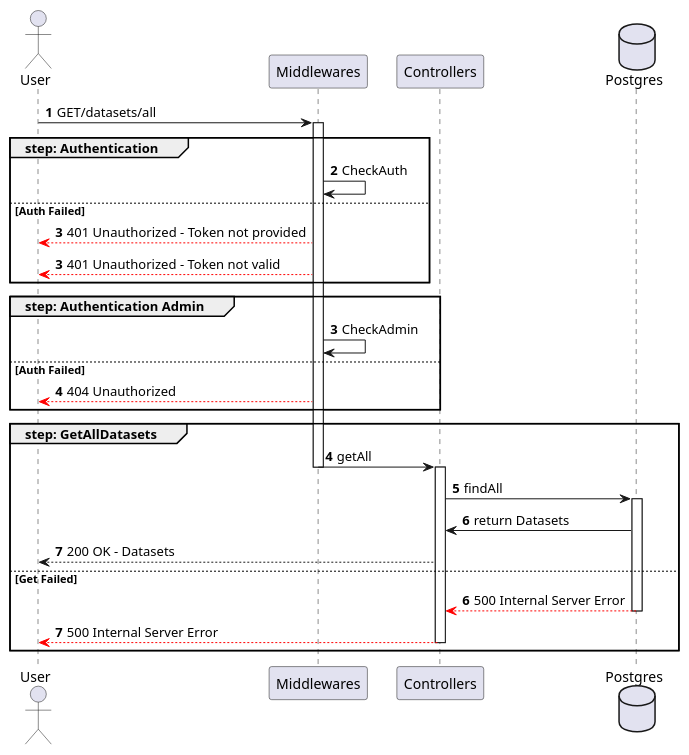
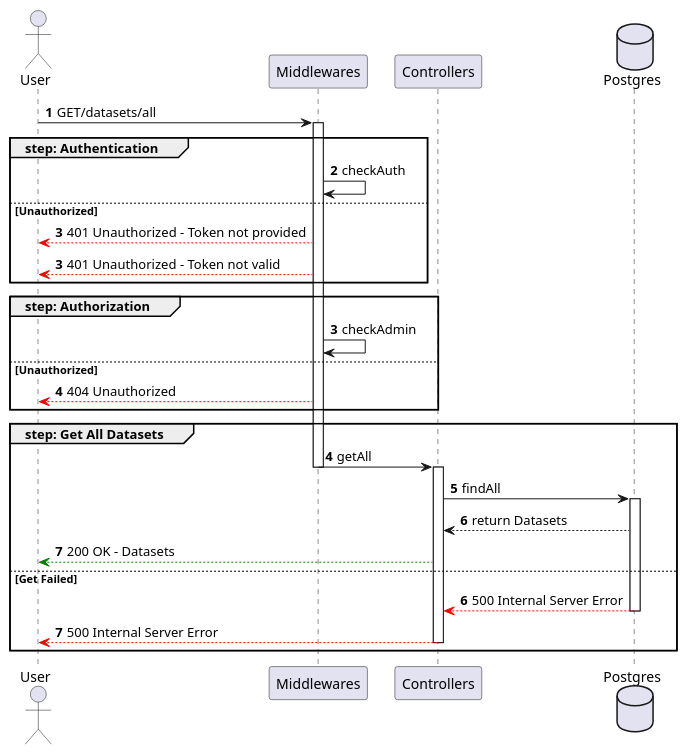
Before and after one commit to ShadowWalker1411/ProgrammazioneAvanzataREPO: the diagram in sequence_diagrams/datasets/GetAllDatasets.puml, drawn with PlantUML. The commit also changed 34 other files, not shown here.

```diff
--- a/sequence_diagrams/datasets/GetAllDatasets.puml
+++ b/sequence_diagrams/datasets/GetAllDatasets.puml
@@ -1,39 +1,39 @@
-@startuml
+@startuml GetAllDatasets
 
 actor User
 participant Middlewares
 participant Controllers
 database Postgres
 
 autonumber
 User -> Middlewares ++: GET/datasets/all
 group step: Authentication
-    Middlewares -> Middlewares : CheckAuth
-else Auth Failed
+    Middlewares -> Middlewares : checkAuth
+else Unauthorized
     autonumber 3
     Middlewares --[#red]> User : 401 Unauthorized - Token not provided
     autonumber 3
     Middlewares --[#red]> User : 401 Unauthorized - Token not valid
 end
 autonumber 3 
-group step: Authentication Admin
-    Middlewares -> Middlewares : CheckAdmin 
-else Auth Failed
+group step: Authorization
+    Middlewares -> Middlewares : checkAdmin 
+else Unauthorized
 autonumber 4
     Middlewares --[#red]> User : 404 Unauthorized
 end
 autonumber 4
-group step: GetAllDatasets
+group step: Get All Datasets
     Middlewares -> Controllers --++: getAll
     Controllers -> Postgres ++: findAll
-    Postgres -> Controllers: return Datasets
-    Controllers --> User : 200 OK - Datasets
+    Postgres --> Controllers: return Datasets
+    Controllers --[#green]> User : 200 OK - Datasets
 else Get Failed
     autonumber 6
     Postgres --[#red]> Controllers --: 500 Internal Server Error
     Controllers --[#red]> User --: 500 Internal Server Error
 
 end
 
 
 @enduml
```
